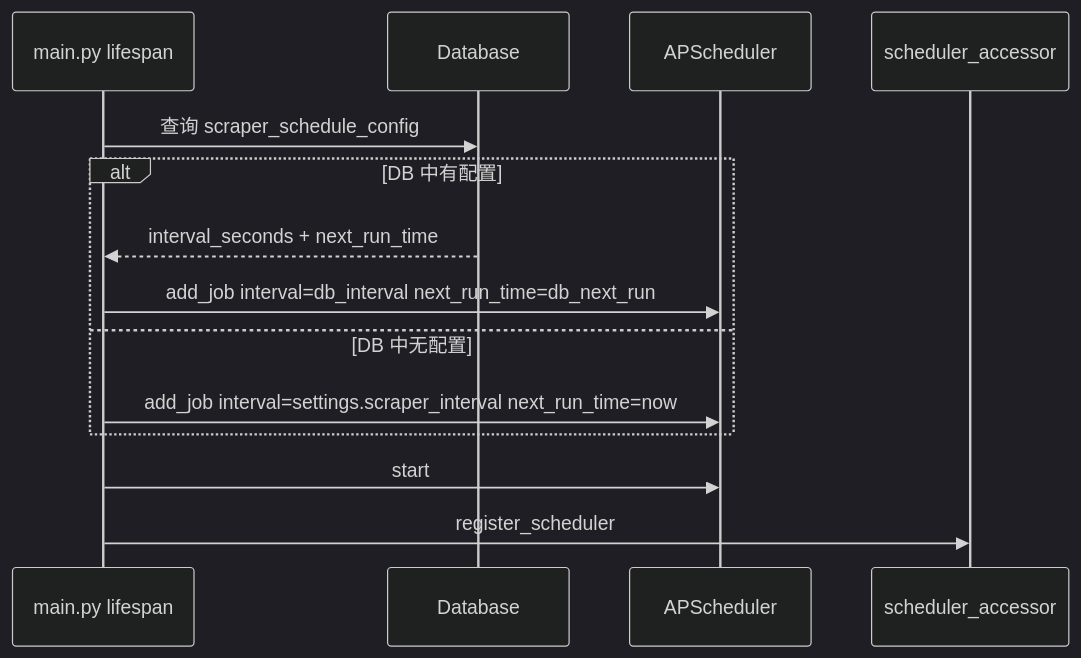
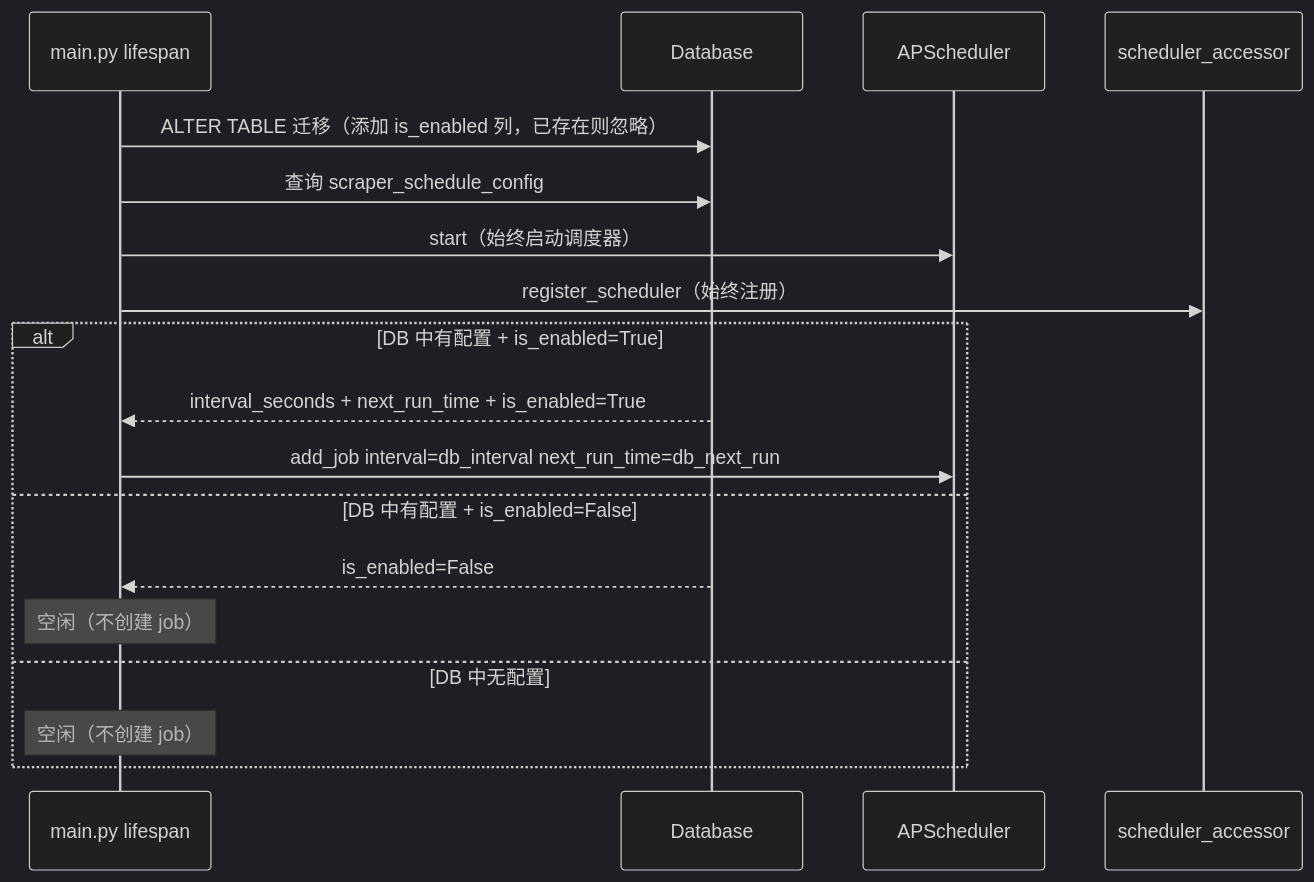
One commit to alvinswen/X-Watcher changed the third of 3 diagrams in .kiro/specs/scheduler-admin-zh/design.md. Above: the diagram before and after it, drawn with Mermaid (dark theme). The commit also changed other lines of this file and 4 other files, not shown here.

````diff
--- a/.kiro/specs/scheduler-admin-zh/design.md
+++ b/.kiro/specs/scheduler-admin-zh/design.md
@@ -124,17 +127,21 @@
 ```mermaid
 sequenceDiagram
     participant Main as main.py lifespan
     participant DB as Database
     participant Scheduler as APScheduler
     participant Accessor as scheduler_accessor
 
+    Main->>DB: ALTER TABLE 迁移（添加 is_enabled 列，已存在则忽略）
     Main->>DB: 查询 scraper_schedule_config
-    alt DB 中有配置
-        DB-->>Main: interval_seconds + next_run_time
+    Main->>Scheduler: start（始终启动调度器）
+    Main->>Accessor: register_scheduler（始终注册）
+    alt DB 中有配置 + is_enabled=True
+        DB-->>Main: interval_seconds + next_run_time + is_enabled=True
         Main->>Scheduler: add_job interval=db_interval next_run_time=db_next_run
+    else DB 中有配置 + is_enabled=False
+        DB-->>Main: is_enabled=False
+        Note over Main: 空闲（不创建 job）
     else DB 中无配置
-        Main->>Scheduler: add_job interval=settings.scraper_interval next_run_time=now
+        Note over Main: 空闲（不创建 job）
     end
-    Main->>Scheduler: start
-    Main->>Accessor: register_scheduler
 ```
````
